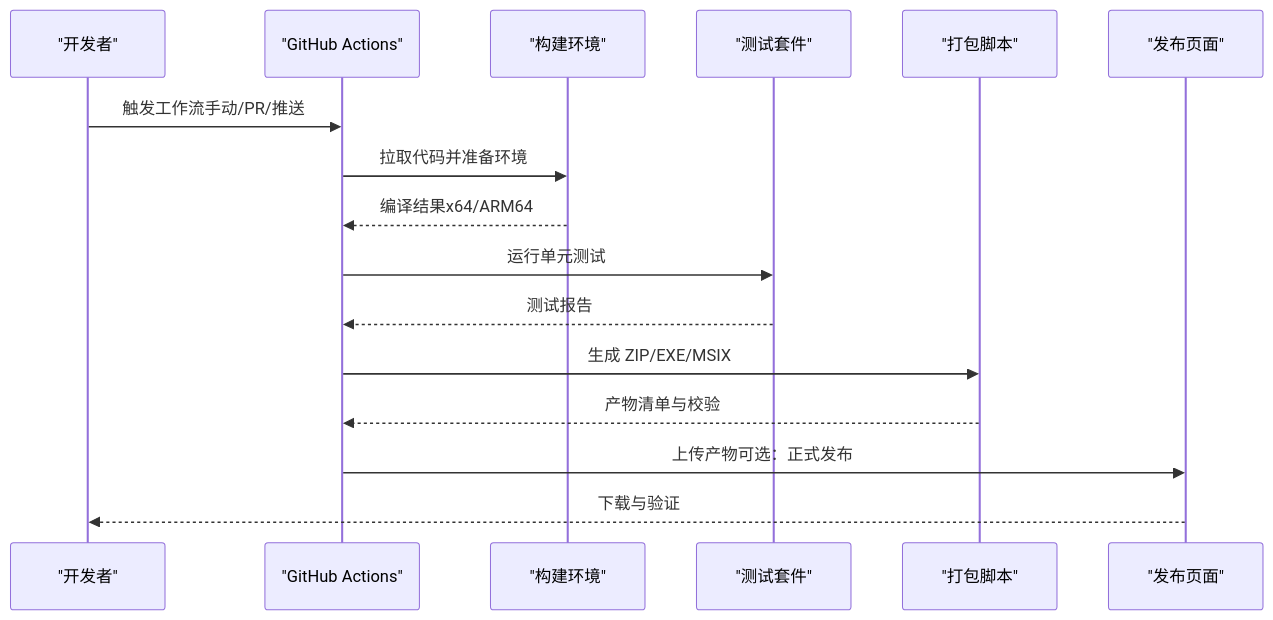
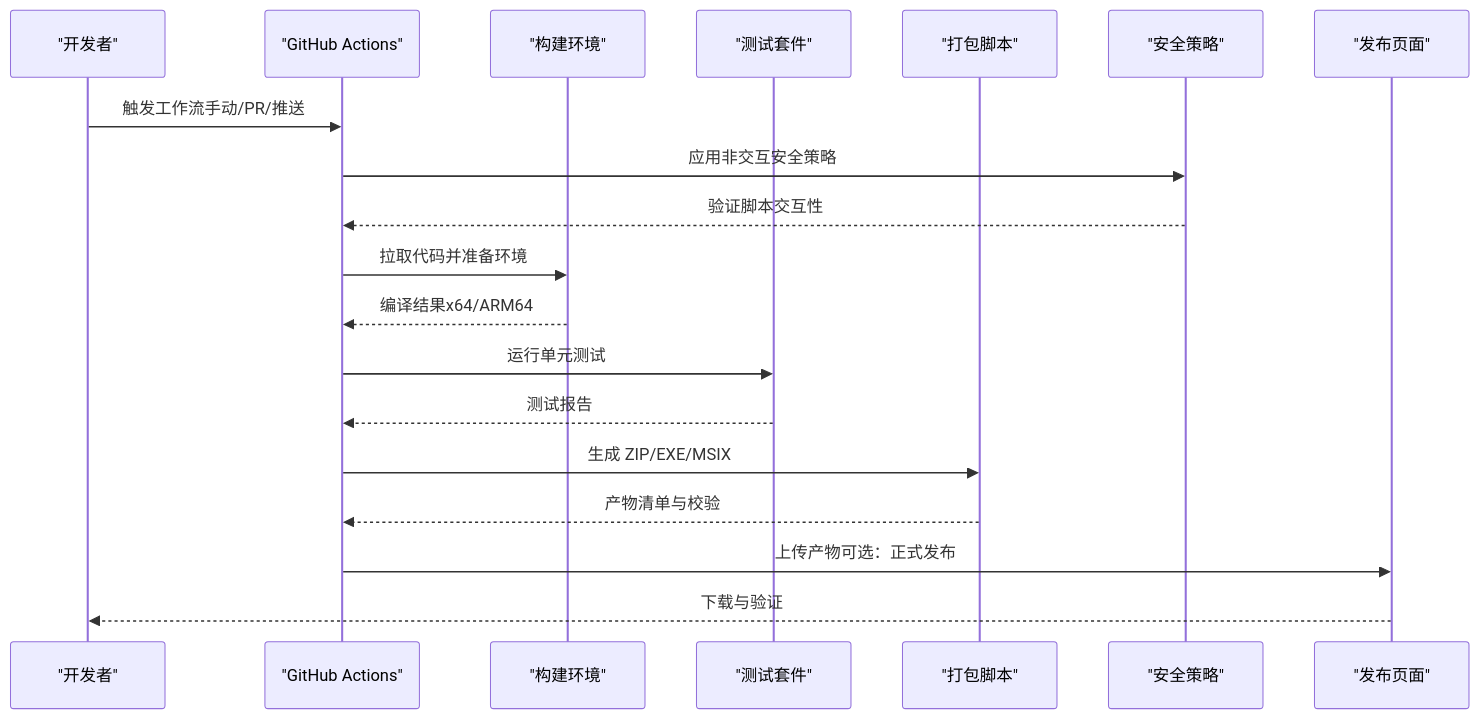
Before and after one commit to terwer/autojs6-dev-tools: the second of 7 diagrams in .qoder/repowiki/zh/content/贡献指南/代码贡献规范/开发流程与代码审查/持续集成与部署.md, drawn with Mermaid. The commit also changed other lines of this file and 11 other files, not shown here.

````diff
--- a/.qoder/repowiki/zh/content/贡献指南/代码贡献规范/开发流程与代码审查/持续集成与部署.md
+++ b/.qoder/repowiki/zh/content/贡献指南/代码贡献规范/开发流程与代码审查/持续集成与部署.md
@@ -109,18 +130,21 @@
 ```mermaid
 sequenceDiagram
 participant Dev as "开发者"
 participant GH as "GitHub Actions"
 participant Build as "构建环境"
 participant Test as "测试套件"
 participant Pack as "打包脚本"
+participant Sec as "安全策略"
 participant Rel as "发布页面"
 Dev->>GH : 触发工作流手动/PR/推送
+GH->>Sec : 应用非交互安全策略
+Sec-->>GH : 验证脚本交互性
 GH->>Build : 拉取代码并准备环境
 Build-->>GH : 编译结果x64/ARM64
 GH->>Test : 运行单元测试
 Test-->>GH : 测试报告
 GH->>Pack : 生成 ZIP/EXE/MSIX
 Pack-->>GH : 产物清单与校验
 GH->>Rel : 上传产物可选：正式发布
 Rel-->>Dev : 下载与验证
 ```
````
